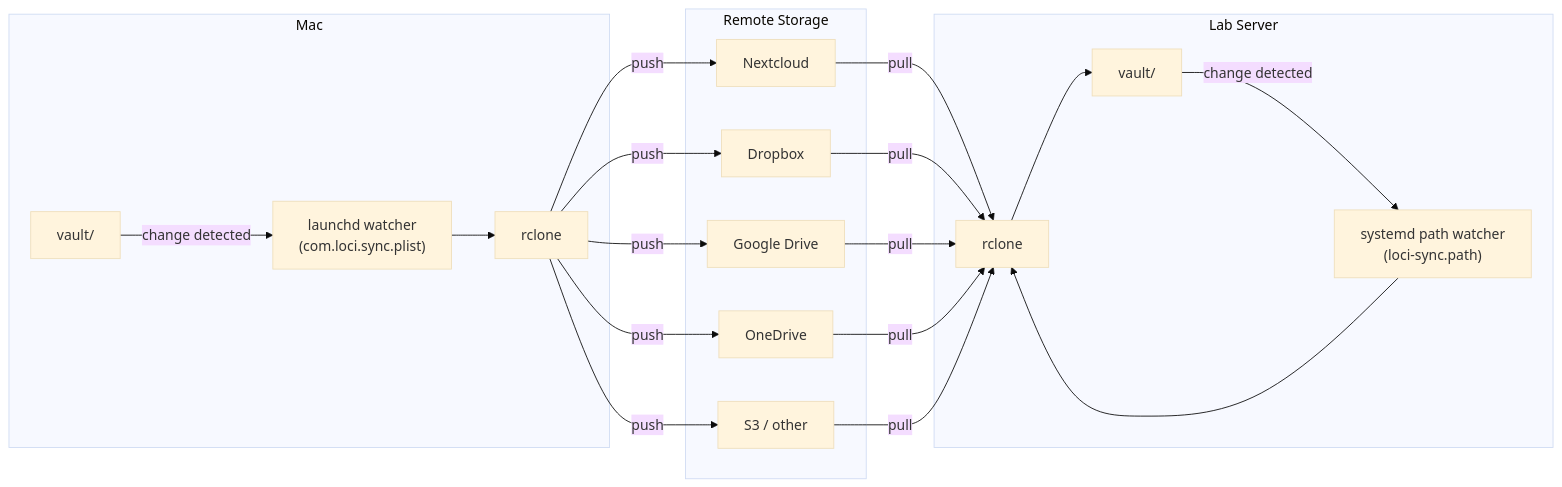
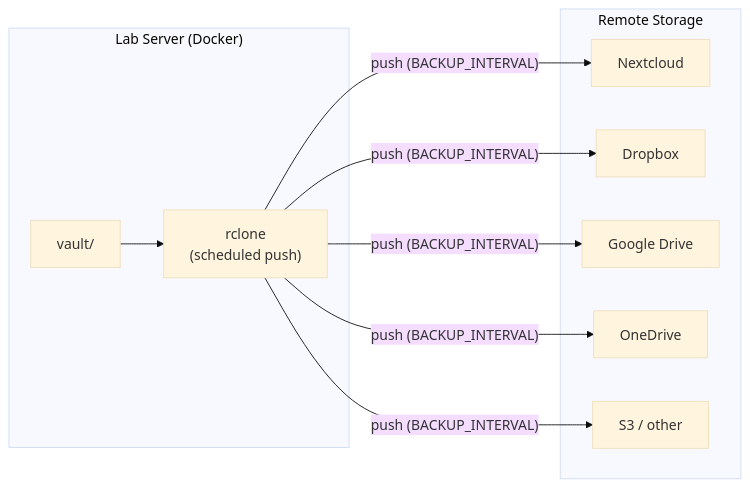
Before and after one commit to gked/loci: the second of 2 diagrams in docs/diagrams.md, drawn with Mermaid (base theme). The commit also changed 16 other files, not shown here.

````diff
--- a/docs/diagrams.md
+++ b/docs/diagrams.md
@@ -43,39 +43,22 @@
 ```mermaid
 flowchart LR
-    subgraph Mac
-        V_MAC["vault/"]
-        W_MAC["launchd watcher\n(com.loci.sync.plist)"]
-        RC_MAC["rclone"]
+    subgraph Docker["Lab Server (Docker)"]
+        V["vault/"]
+        RC["rclone\n(scheduled push)"]
     end
 
     subgraph Remote["Remote Storage"]
         NC["Nextcloud"]
         DB["Dropbox"]
         GD["Google Drive"]
         OD["OneDrive"]
         S3["S3 / other"]
     end
 
-    subgraph LabServer["Lab Server"]
-        V_SRV["vault/"]
-        W_SRV["systemd path watcher\n(loci-sync.path)"]
-        RC_SRV["rclone"]
-    end
-
-    V_MAC -->|"change detected"| W_MAC
-    W_MAC --> RC_MAC
-    RC_MAC -->|"push"| NC
-    RC_MAC -->|"push"| DB
-    RC_MAC -->|"push"| GD
-    RC_MAC -->|"push"| OD
-    RC_MAC -->|"push"| S3
-
-    NC -->|"pull"| RC_SRV
-    DB -->|"pull"| RC_SRV
-    GD -->|"pull"| RC_SRV
-    OD -->|"pull"| RC_SRV
-    S3 -->|"pull"| RC_SRV
-    RC_SRV --> V_SRV
-    V_SRV -->|"change detected"| W_SRV
-    W_SRV --> RC_SRV
+    V --> RC
+    RC -->|"push (BACKUP_INTERVAL)"| NC
+    RC -->|"push (BACKUP_INTERVAL)"| DB
+    RC -->|"push (BACKUP_INTERVAL)"| GD
+    RC -->|"push (BACKUP_INTERVAL)"| OD
+    RC -->|"push (BACKUP_INTERVAL)"| S3
 ```
````
